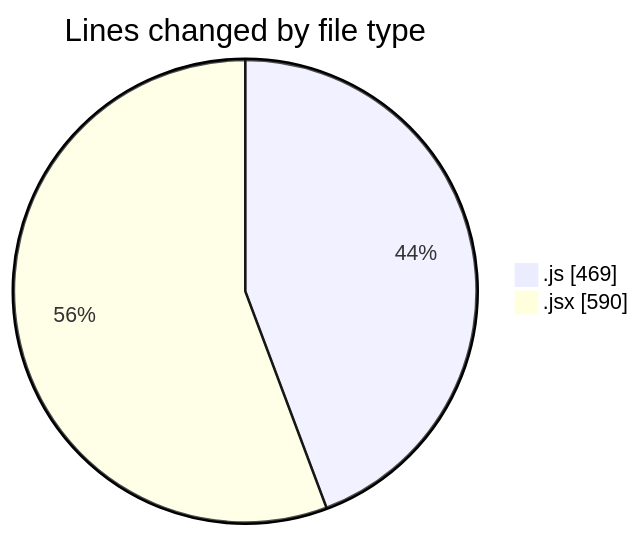
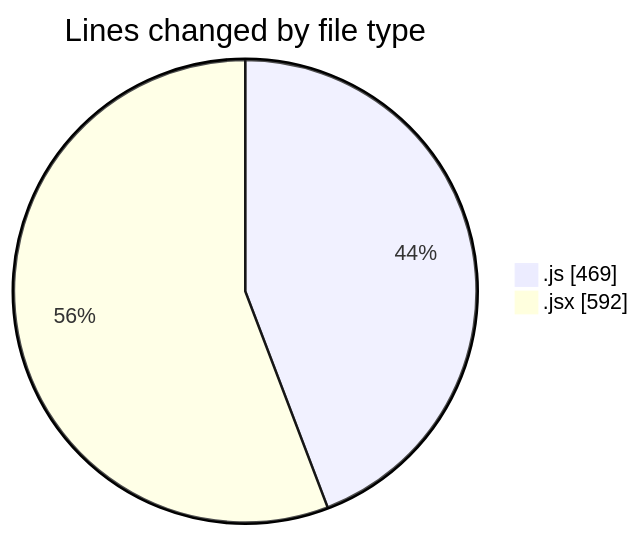
The first of 2 diagrams in 2025-08-07/nxtqube_webapp/README.md (nxtqubesakshisongat/code-tracking), drawn with Mermaid before and after one commit. The commit also changed other lines of this file and 1 other file, not shown here.

````diff
--- a/2025-08-07/nxtqube_webapp/README.md
+++ b/2025-08-07/nxtqube_webapp/README.md
@@ -22,6 +22,6 @@
 ```mermaid
 pie showData
 title Lines changed by file type
 ".js" : 469
-".jsx" : 590
+".jsx" : 592
 ```
````
